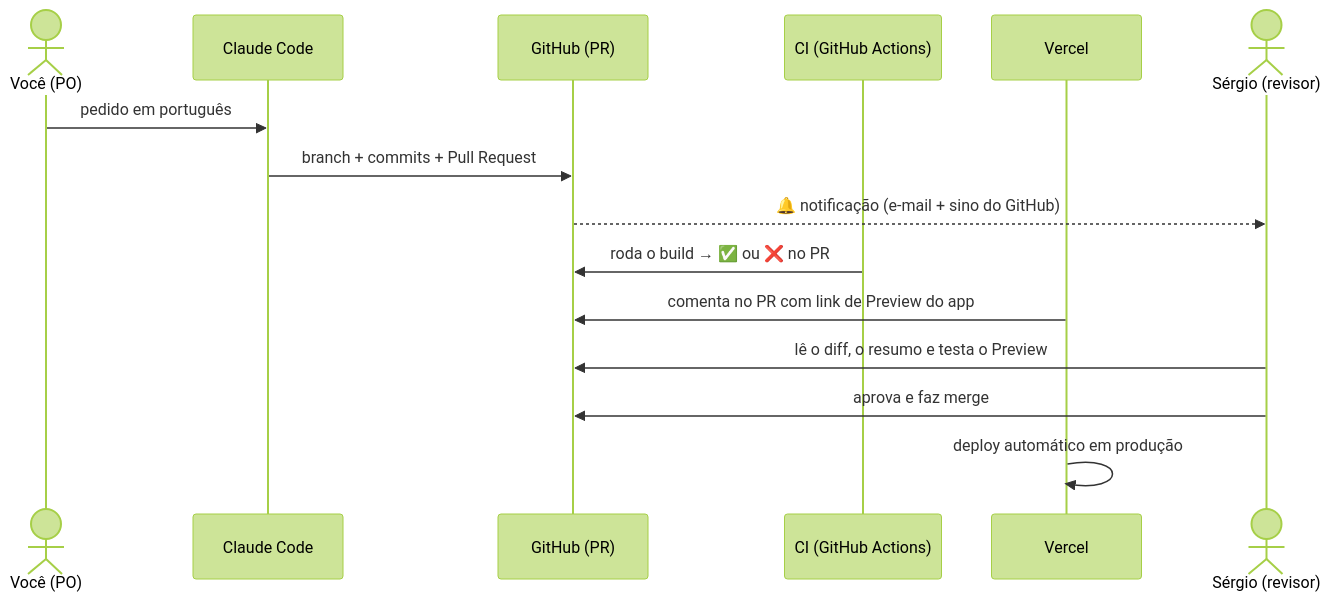
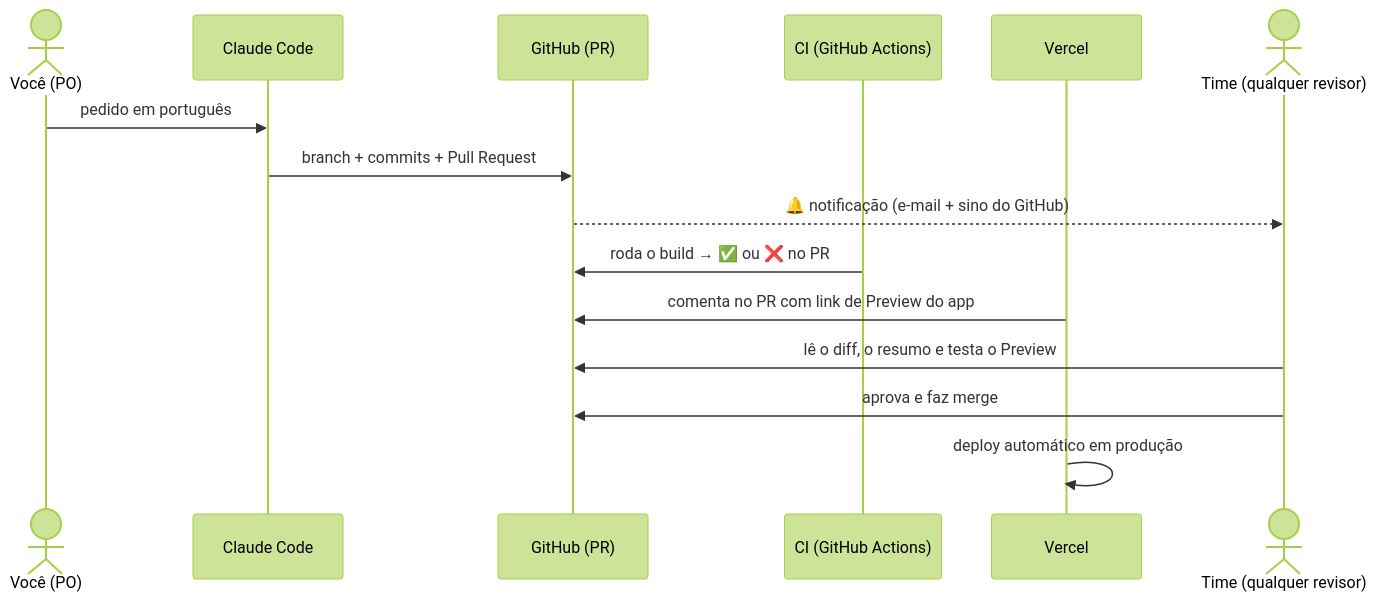
The diagram in docs/claude-code.md (akamitatrush/PeabiruJobs), drawn with Mermaid (forest theme) before and after one commit. The commit also changed other lines of this file, not shown here.

````diff
--- a/docs/claude-code.md
+++ b/docs/claude-code.md
@@ -82,18 +82,18 @@
 ```mermaid
 sequenceDiagram
     actor Voce as Você (PO)
     participant CC as Claude Code
     participant GH as GitHub (PR)
     participant CI as CI (GitHub Actions)
     participant VC as Vercel
-    actor S as Sérgio (revisor)
+    actor S as Time (qualquer revisor)
 
     Voce->>CC: pedido em português
     CC->>GH: branch + commits + Pull Request
     GH-->>S: 🔔 notificação (e-mail + sino do GitHub)
     CI->>GH: roda o build → ✅ ou ❌ no PR
     VC->>GH: comenta no PR com link de Preview do app
     S->>GH: lê o diff, o resumo e testa o Preview
     S->>GH: aprova e faz merge
     VC->>VC: deploy automático em produção
 ```
````
